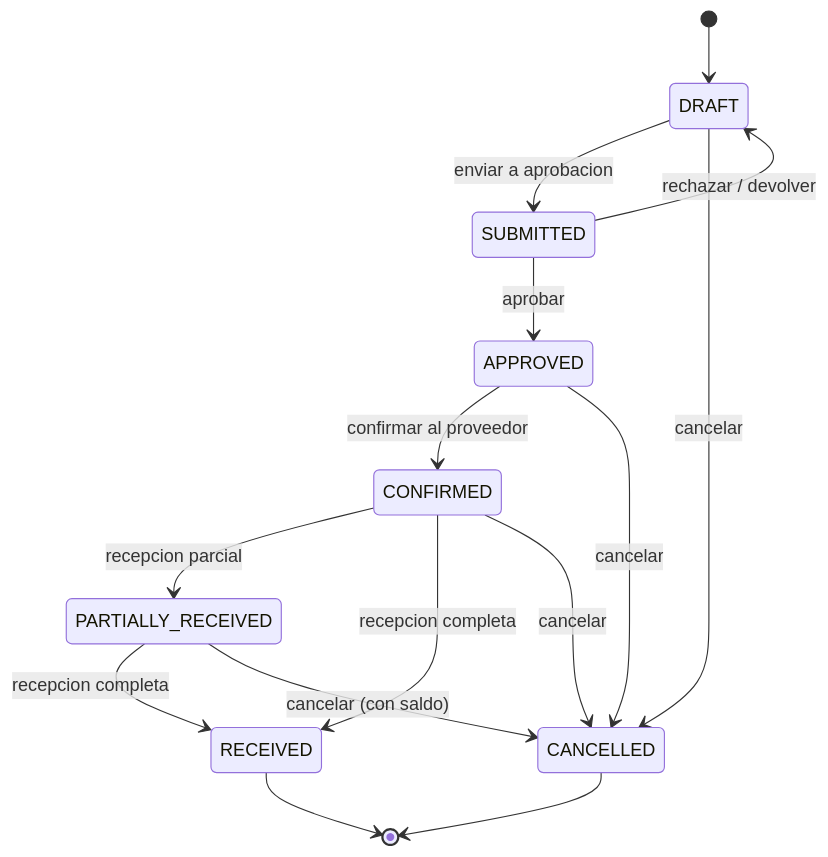
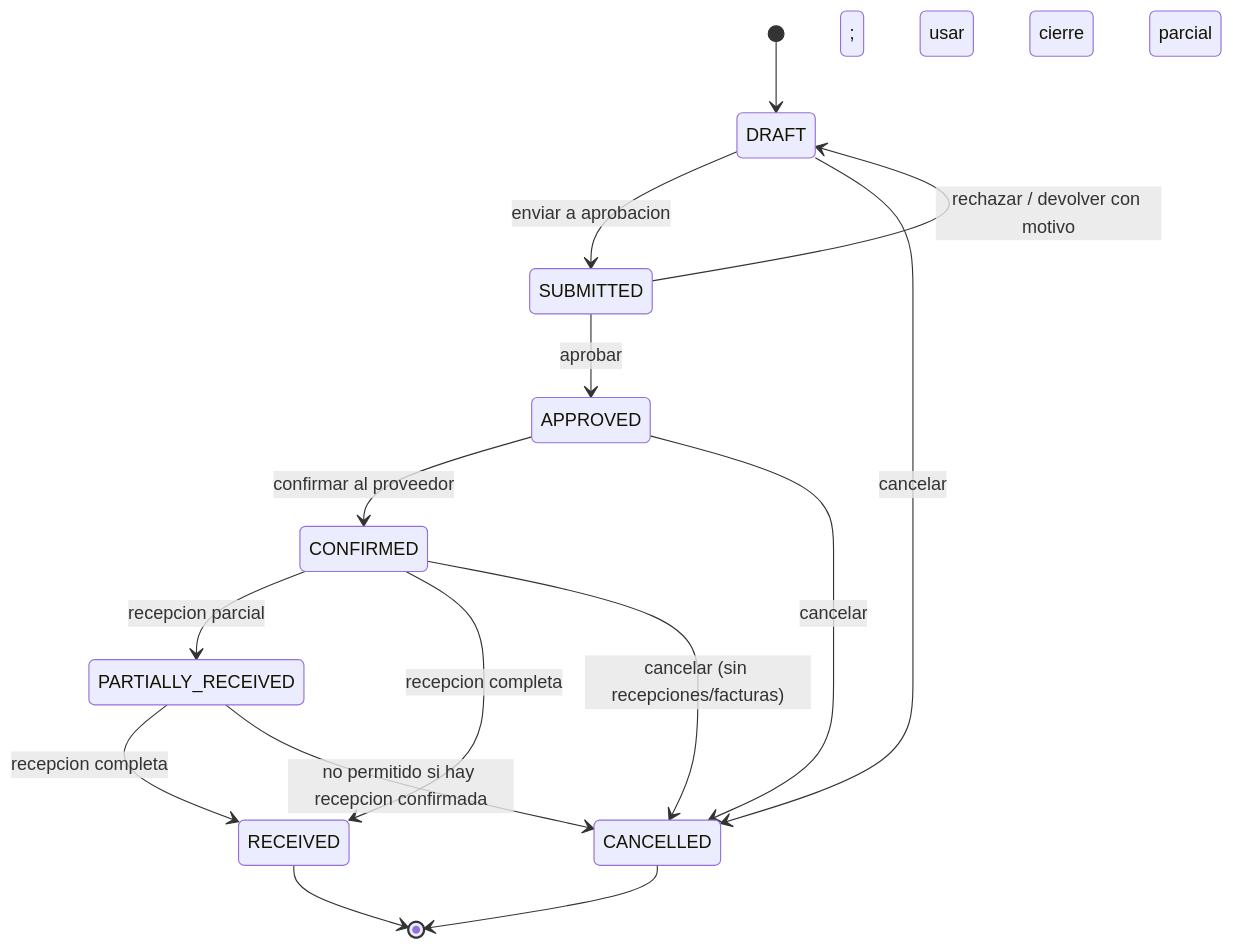
One commit to simonbravin/bloqer-v2 changed the seventh of 28 diagrams in docs/bloqer2.0/01-domain/STATE_MACHINES.md. Above: the diagram before and after it, drawn with Mermaid. The commit also changed other lines of this file and 43 other files, not shown here.

First line of the commit message:
feat(procurement): align OC/SC flow to D-050 with WBS, lead time and notifications

````diff
--- a/docs/bloqer2.0/01-domain/STATE_MACHINES.md
+++ b/docs/bloqer2.0/01-domain/STATE_MACHINES.md
@@ -241,17 +243,17 @@
 ```mermaid
 stateDiagram-v2
   [*] --> DRAFT
   DRAFT --> SUBMITTED : enviar a aprobacion
   DRAFT --> CANCELLED : cancelar
   SUBMITTED --> APPROVED : aprobar
-  SUBMITTED --> DRAFT : rechazar / devolver
+  SUBMITTED --> DRAFT : rechazar / devolver con motivo
   APPROVED --> CONFIRMED : confirmar al proveedor
   APPROVED --> CANCELLED : cancelar
   CONFIRMED --> PARTIALLY_RECEIVED : recepcion parcial
   CONFIRMED --> RECEIVED : recepcion completa
-  CONFIRMED --> CANCELLED : cancelar
+  CONFIRMED --> CANCELLED : cancelar (sin recepciones/facturas)
   PARTIALLY_RECEIVED --> RECEIVED : recepcion completa
-  PARTIALLY_RECEIVED --> CANCELLED : cancelar (con saldo)
+  PARTIALLY_RECEIVED --> CANCELLED : no permitido si hay recepcion confirmada; usar cierre parcial
   RECEIVED --> [*]
   CANCELLED --> [*]
 ```
````
